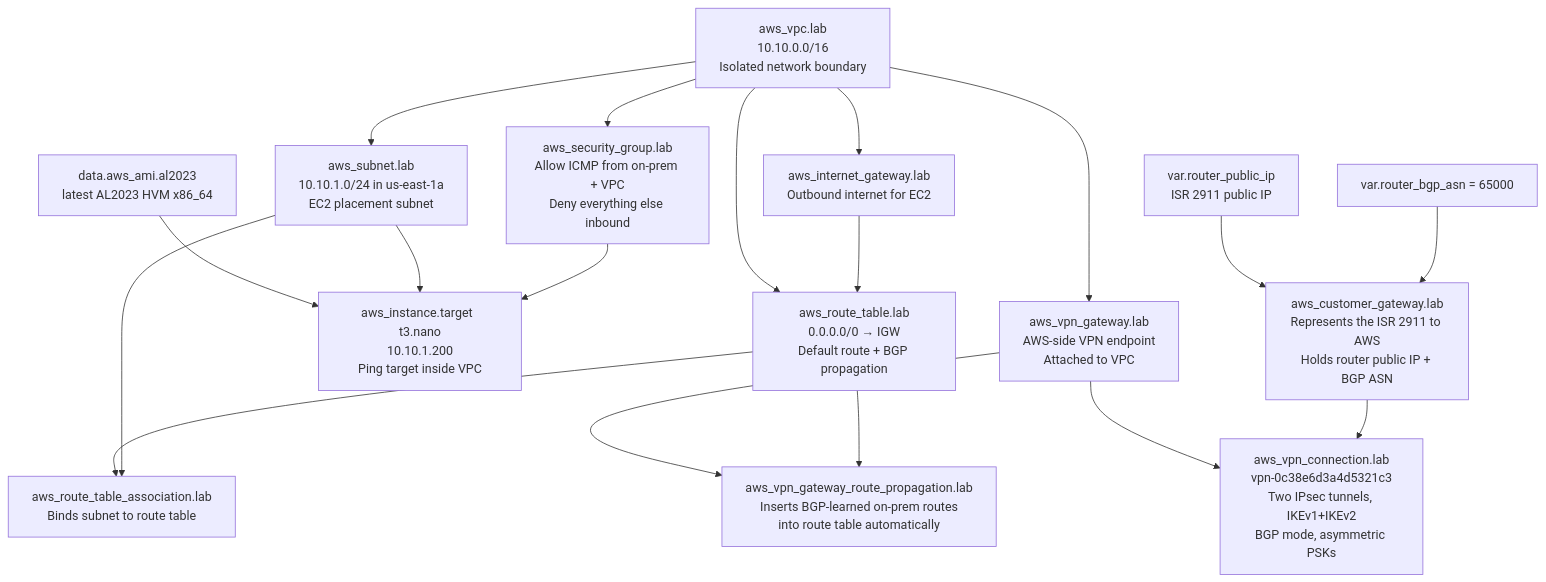
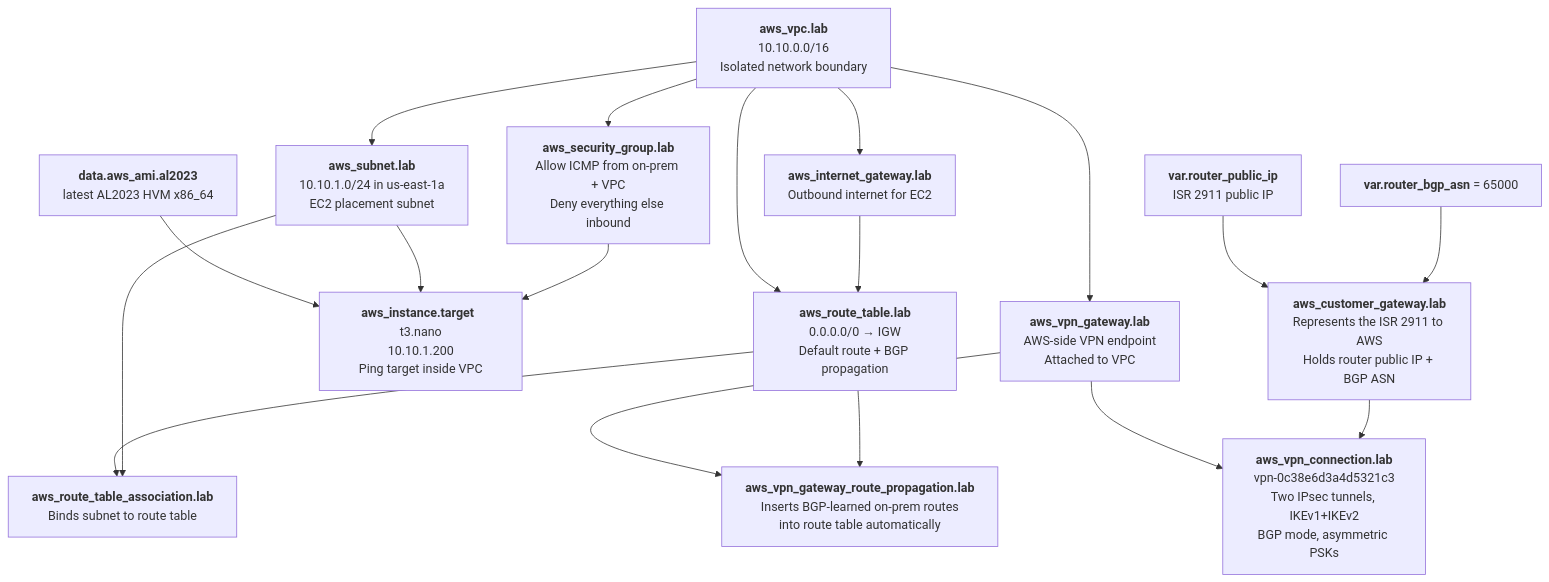
One commit to mindfury/cisco-ikev1-ikev2-migration changed the first of 3 diagrams in DIAGRAMS.md. Above: the diagram before and after it, drawn with Mermaid. The commit also changed other lines of this file, not shown here.

Commit message:
Bold object names in Mermaid dependency graph node labels

````diff
--- a/DIAGRAMS.md
+++ b/DIAGRAMS.md
@@ -10,45 +10,45 @@
 ```mermaid
 flowchart TD
     %% Inputs
-    VAR_IP["var.router_public_ip<br/>ISR 2911 public IP"]
-    VAR_BGP["var.router_bgp_asn = 65000"]
-    AMI["data.aws_ami.al2023<br/>latest AL2023 HVM x86_64"]
+    VAR_IP["<b>var.router_public_ip</b><br/>ISR 2911 public IP"]
+    VAR_BGP["<b>var.router_bgp_asn</b> = 65000"]
+    AMI["<b>data.aws_ami.al2023</b><br/>latest AL2023 HVM x86_64"]
 
     %% VPC layer
-    VPC["aws_vpc.lab<br/>10.10.0.0/16<br/>Isolated network boundary"]
-    SUBNET["aws_subnet.lab<br/>10.10.1.0/24 in us-east-1a<br/>EC2 placement subnet"]
-    IGW["aws_internet_gateway.lab<br/>Outbound internet for EC2"]
-    RT["aws_route_table.lab<br/>0.0.0.0/0 → IGW<br/>Default route + BGP propagation"]
-    RTA["aws_route_table_association.lab<br/>Binds subnet to route table"]
-    SG["aws_security_group.lab<br/>Allow ICMP from on-prem + VPC<br/>Deny everything else inbound"]
+    VPC["<b>aws_vpc.lab</b><br/>10.10.0.0/16<br/>Isolated network boundary"]
+    SUBNET["<b>aws_subnet.lab</b><br/>10.10.1.0/24 in us-east-1a<br/>EC2 placement subnet"]
+    IGW["<b>aws_internet_gateway.lab</b><br/>Outbound internet for EC2"]
+    RT["<b>aws_route_table.lab</b><br/>0.0.0.0/0 → IGW<br/>Default route + BGP propagation"]
+    RTA["<b>aws_route_table_association.lab</b><br/>Binds subnet to route table"]
+    SG["<b>aws_security_group.lab</b><br/>Allow ICMP from on-prem + VPC<br/>Deny everything else inbound"]
 
     %% EC2
-    EC2["aws_instance.target  t3.nano<br/>10.10.1.200<br/>Ping target inside VPC"]
+    EC2["<b>aws_instance.target</b>  t3.nano<br/>10.10.1.200<br/>Ping target inside VPC"]
 
     %% VPN objects
-    CGW["aws_customer_gateway.lab<br/>Represents the ISR 2911 to AWS<br/>Holds router public IP + BGP ASN"]
-    VGW["aws_vpn_gateway.lab<br/>AWS-side VPN endpoint<br/>Attached to VPC"]
-    PROP["aws_vpn_gateway_route_propagation.lab<br/>Inserts BGP-learned on-prem routes<br/>into route table automatically"]
-    VPN["aws_vpn_connection.lab<br/>vpn-0c38e6d3a4d5321c3<br/>Two IPsec tunnels, IKEv1+IKEv2<br/>BGP mode, asymmetric PSKs"]
+    CGW["<b>aws_customer_gateway.lab</b><br/>Represents the ISR 2911 to AWS<br/>Holds router public IP + BGP ASN"]
+    VGW["<b>aws_vpn_gateway.lab</b><br/>AWS-side VPN endpoint<br/>Attached to VPC"]
+    PROP["<b>aws_vpn_gateway_route_propagation.lab</b><br/>Inserts BGP-learned on-prem routes<br/>into route table automatically"]
+    VPN["<b>aws_vpn_connection.lab</b><br/>vpn-0c38e6d3a4d5321c3<br/>Two IPsec tunnels, IKEv1+IKEv2<br/>BGP mode, asymmetric PSKs"]
 
     %% Dependencies
     VPC --> SUBNET
     VPC --> IGW
     VPC --> RT
     IGW --> RT
     RT --> RTA
     SUBNET --> RTA
     VPC --> SG
 
     AMI --> EC2
     SUBNET --> EC2
     SG --> EC2
 
     VAR_IP --> CGW
     VAR_BGP --> CGW
     VPC --> VGW
     VGW --> VPN
     CGW --> VPN
     VGW --> PROP
     RT --> PROP
 ```
````
